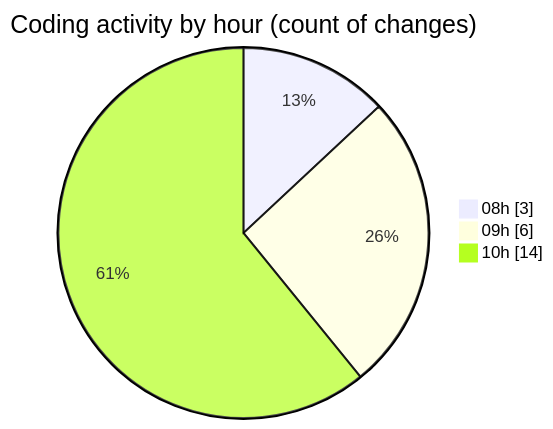
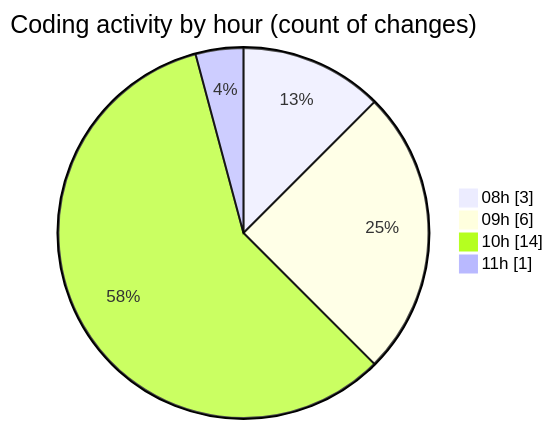
One commit to BS-eng2023/code-tracking changed the second of 2 diagrams in 2025-04-01/jsvms/README.md. Above: the diagram before and after it, drawn with Mermaid. The commit also changed other lines of this file and 1 other file, not shown here.

````diff
--- a/2025-04-01/jsvms/README.md
+++ b/2025-04-01/jsvms/README.md
@@ -40,7 +41,8 @@
 ```mermaid
 pie showData
 title Coding activity by hour (count of changes)
 "08h" : 3
 "09h" : 6
 "10h" : 14
+"11h" : 1
 ```
````
